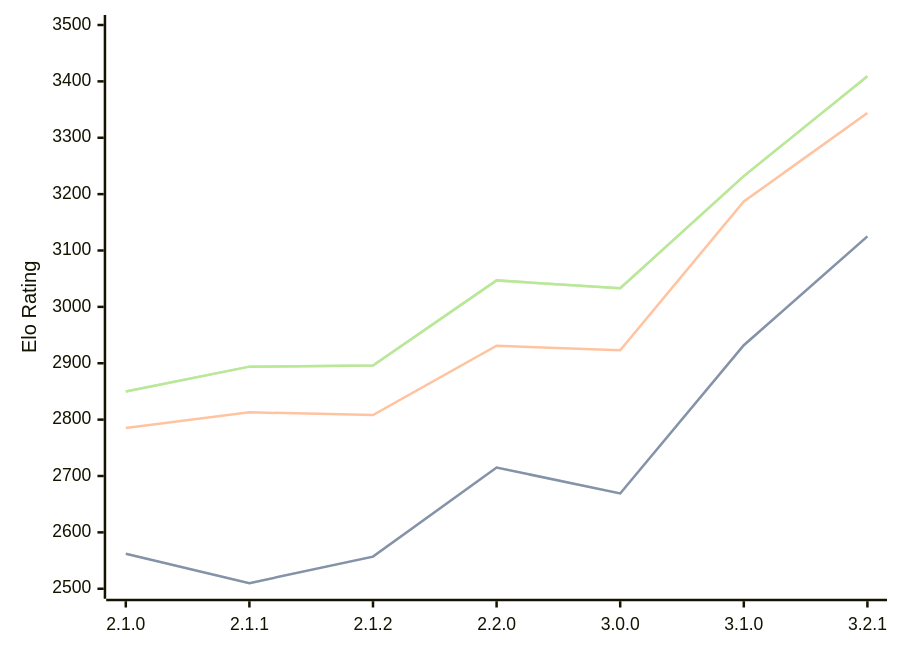
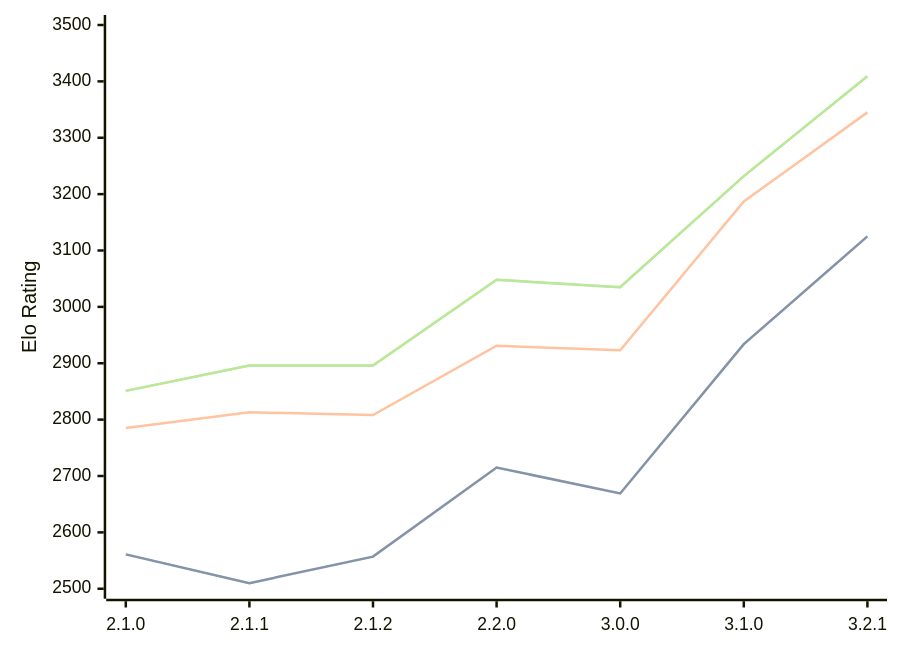
The diagram in engines/Prune.md (computer-chess-index/cci), drawn with Mermaid before and after one commit. The commit also changed other lines of this file, not shown here.

Commit message:
Update CCI Ratings (ELO VLTC) - 2026-04-01

````diff
--- a/engines/Prune.md
+++ b/engines/Prune.md
@@ -42,11 +42,11 @@
 ```mermaid
 %%{init: {"theme":"base","themeVariables":{"seriesColors:['#a3a3a3','#222221','#faa371']}}}%%
 xychart-beta
   x-axis ["2.1.0", "2.1.1", "2.1.2", "2.2.0", "3.0.0", "3.1.0", "3.2.1"]
   y-axis "Elo Rating" 2500 --> 3500
-  line "STC (8.0+0.08s)" [2562, 2510, 2557, 2715, 2669, 2932, 3125]
-  line "STC (8.0+0.08s)" [2562, 2510, 2557, 2715, 2669, 2932, 3125]
-  line "LTC (60.0+0.60s)" [2785, 2813, 2808, 2931, 2923, 3187, 3344]
-  line "VLTC (2m24s+1.12s)" [2850, 2894, 2896, 3047, 3033, 3232, 3409]
-  line "VLTC (2m24s+1.12s)" [2850, 2894, 2896, 3047, 3033, 3232, 3409]
+  line "STC (8.0+0.08s)" [2561, 2510, 2557, 2715, 2669, 2934, 3125]
+  line "STC (8.0+0.08s)" [2561, 2510, 2557, 2715, 2669, 2934, 3125]
+  line "LTC (60.0+0.60s)" [2785, 2813, 2808, 2931, 2923, 3187, 3345]
+  line "VLTC (2m24s+1.12s)" [2851, 2896, 2896, 3048, 3035, 3232, 3409]
+  line "VLTC (2m24s+1.12s)" [2851, 2896, 2896, 3048, 3035, 3232, 3409]
 ```
````
